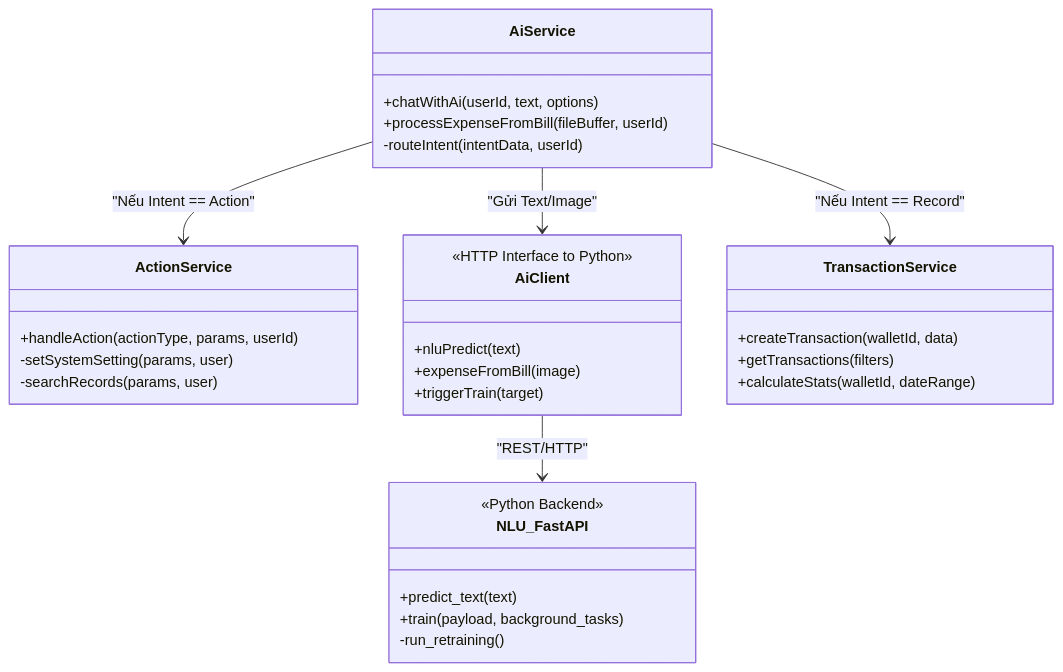
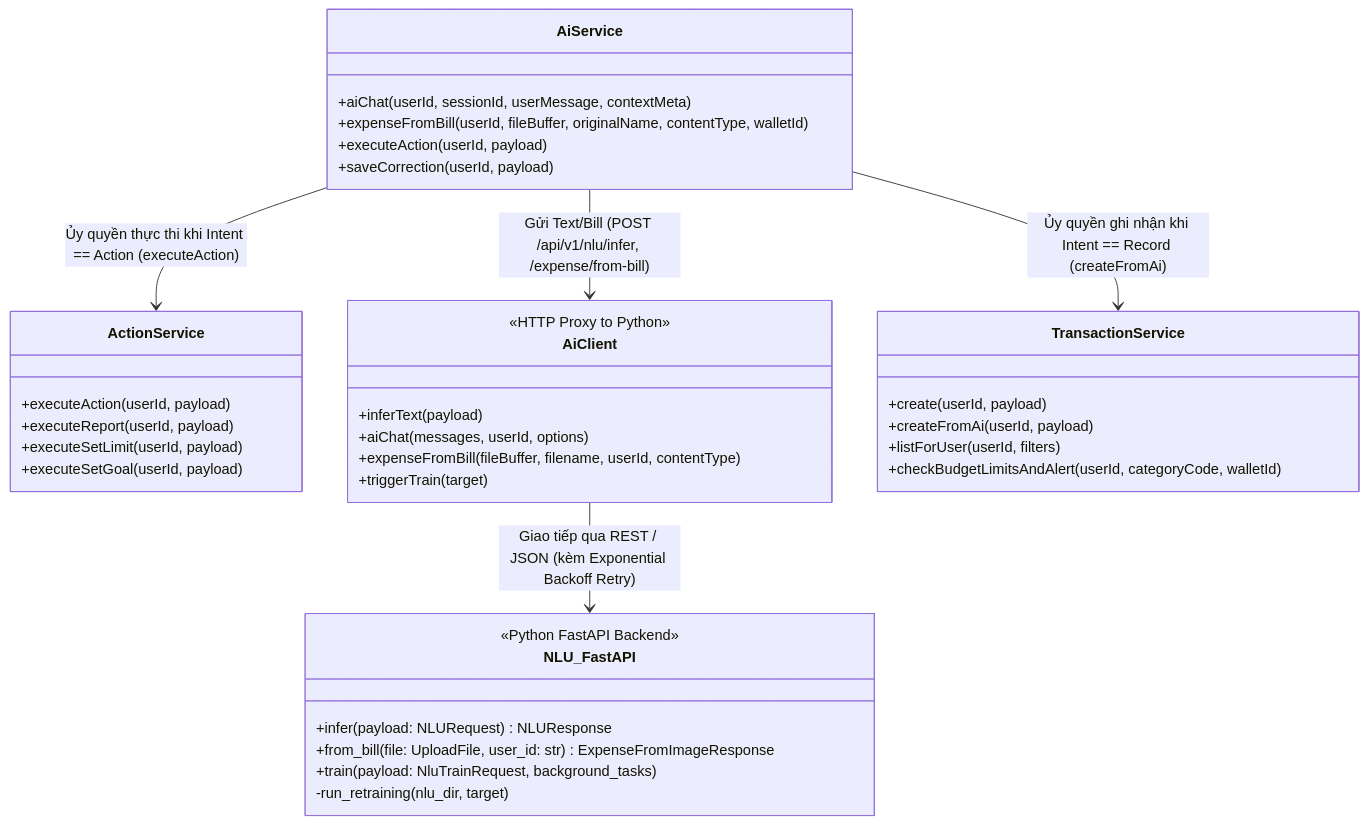
One commit to maikhang160504/spending-diary changed the seventh of 10 diagrams in Luan_van_Hoan_chinh.md. Above: the diagram before and after it, drawn with Mermaid. The commit also changed other lines of this file and 18 other files, not shown here.

Commit message:
docs: expand thesis chapters, add architecture diagrams, and compile literature summaries

````diff
--- a/Luan_van_Hoan_chinh.md
+++ b/Luan_van_Hoan_chinh.md
@@ -591,39 +835,44 @@
 ```mermaid
 classDiagram
     class AiService {
-        +chatWithAi(userId, text, options)
-        +processExpenseFromBill(fileBuffer, userId)
-        -routeIntent(intentData, userId)
+        +aiChat(userId, sessionId, userMessage, contextMeta)
+        +expenseFromBill(userId, fileBuffer, originalName, contentType, walletId)
+        +executeAction(userId, payload)
+        +saveCorrection(userId, payload)
     }
 
     class ActionService {
-        +handleAction(actionType, params, userId)
-        -setSystemSetting(params, user)
-        -searchRecords(params, user)
+        +executeAction(userId, payload)
+        +executeReport(userId, payload)
+        +executeSetLimit(userId, payload)
+        +executeSetGoal(userId, payload)
     }
 
     class AiClient {
-        <<HTTP Interface to Python>>
-        +nluPredict(text)
-        +expenseFromBill(image)
+        <<HTTP Proxy to Python>>
+        +inferText(payload)
+        +aiChat(messages, userId, options)
+        +expenseFromBill(fileBuffer, filename, userId, contentType)
         +triggerTrain(target)
     }
 
     class TransactionService {
-        +createTransaction(walletId, data)
-        +getTransactions(filters)
-        +calculateStats(walletId, dateRange)
+        +create(userId, payload)
+        +createFromAi(userId, payload)
+        +listForUser(userId, filters)
+        +checkBudgetLimitsAndAlert(userId, categoryCode, walletId)
     }
 
     class NLU_FastAPI {
-        <<Python Backend>>
-        +predict_text(text)
-        +train(payload, background_tasks)
-        -run_retraining()
+        <<Python FastAPI Backend>>
+        +infer(payload: NLURequest) NLUResponse
+        +from_bill(file: UploadFile, user_id: str) ExpenseFromImageResponse
+        +train(payload: NluTrainRequest, background_tasks)
+        -run_retraining(nlu_dir, target)
     }
 
-    AiService --> AiClient : "Gửi Text/Image"
-    AiClient --> NLU_FastAPI : "REST/HTTP"
-    AiService --> ActionService : "Nếu Intent == Action"
-    AiService --> TransactionService : "Nếu Intent == Record"
+    AiService --> AiClient : Gửi Text/Bill (POST /api/v1/nlu/infer, /expense/from-bill)
+    AiClient --> NLU_FastAPI : Giao tiếp qua REST / JSON (kèm Exponential Backoff Retry)
+    AiService --> ActionService : Ủy quyền thực thi khi Intent == Action (executeAction)
+    AiService --> TransactionService : Ủy quyền ghi nhận khi Intent == Record (createFromAi)
 ```
````
